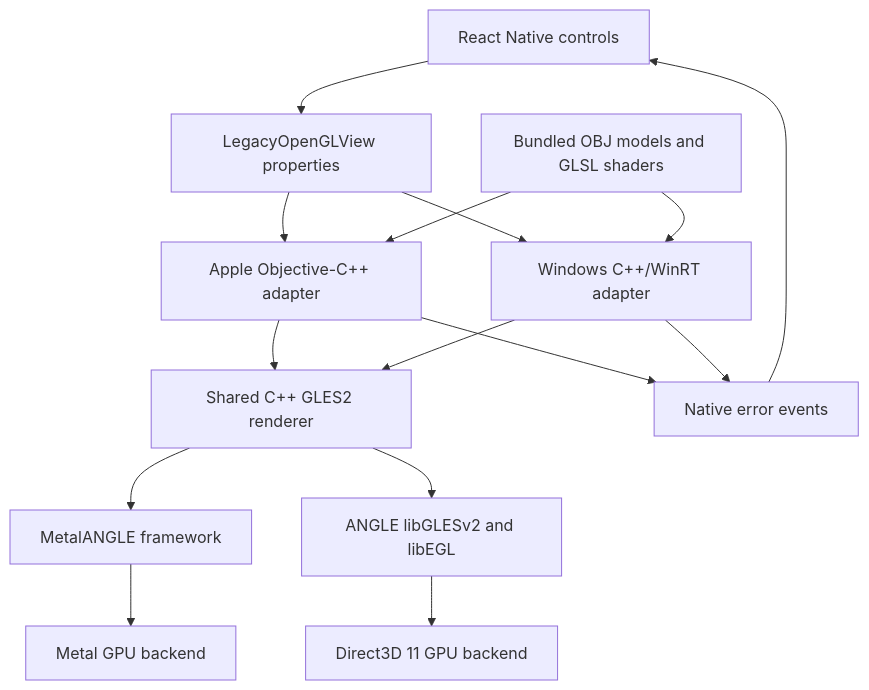
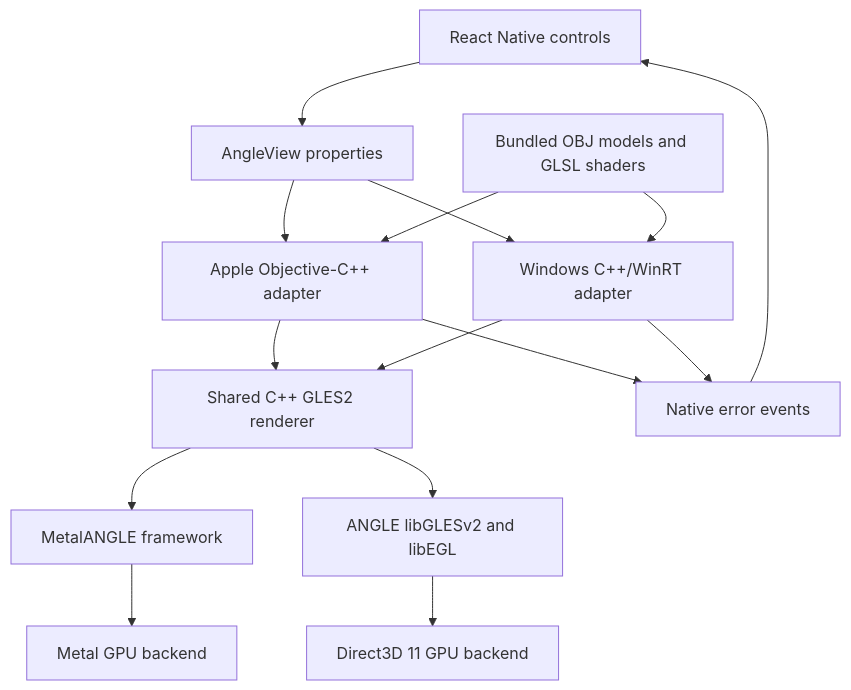
Before and after one commit to SainaS3/play-react-native-opengl: the first of 4 diagrams in README.md, drawn with Mermaid. The commit also changed other lines of this file and 29 other files, not shown here.

````diff
--- a/README.md
+++ b/README.md
@@ -19,17 +25,17 @@
 ```mermaid
 flowchart TD
-    UI[React Native controls] --> Props[LegacyOpenGLView properties]
+    UI[React Native controls] --> Props[AngleView properties]
     Props --> Apple[Apple Objective-C++ adapter]
     Props --> Windows[Windows C++/WinRT adapter]
     Assets[Bundled OBJ models and GLSL shaders] --> Apple
     Assets --> Windows
     Apple --> Core[Shared C++ GLES2 renderer]
     Windows --> Core
     Core --> AppleGL[MetalANGLE framework]
     Core --> WindowsGL[ANGLE libGLESv2 and libEGL]
     AppleGL --> Metal[Metal GPU backend]
     WindowsGL --> D3D[Direct3D 11 GPU backend]
     Apple --> Errors[Native error events]
     Windows --> Errors
     Errors --> UI
 ```
````
